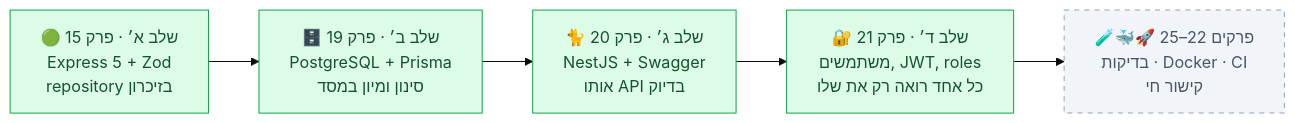
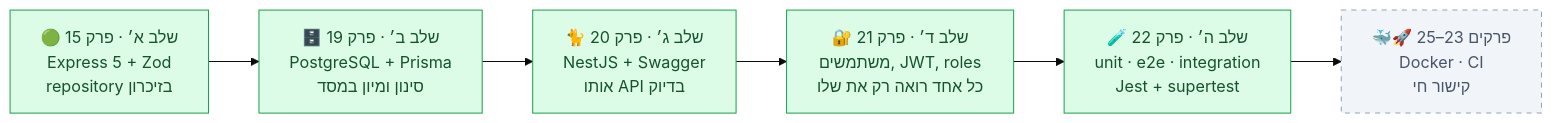
Before and after one commit to yeudaba/backend-course-he: the second of 4 diagrams in README.md, drawn with Mermaid (base theme). The commit also changed other lines of this file and 2 other files, not shown here.

First line of the commit message:
README ו־HANDOFF: פרק 22 הושלם, הצעד הבא — פרק 23 (Docker)

````diff
--- a/README.md
+++ b/README.md
@@ -222,9 +225,10 @@
 ```mermaid
 flowchart LR
   A["🟢 שלב א׳ · פרק 15<br/>Express 5 + Zod<br/>repository בזיכרון"]:::done --> B["🗄️ שלב ב׳ · פרק 19<br/>PostgreSQL + Prisma<br/>סינון ומיון במסד"]:::done
   B --> C["🐈 שלב ג׳ · פרק 20<br/>NestJS + Swagger<br/>אותו API בדיוק"]:::done
   C --> D["🔐 שלב ד׳ · פרק 21<br/>משתמשים, JWT, roles<br/>כל אחד רואה רק את שלו"]:::done
-  D --> E["🧪🐳🚀 פרקים 22–25<br/>בדיקות · Docker · CI<br/>קישור חי"]:::planned
+  D --> E["🧪 שלב ה׳ · פרק 22<br/>unit · e2e · integration<br/>Jest + supertest"]:::done
+  E --> F["🐳🚀 פרקים 23–25<br/>Docker · CI<br/>קישור חי"]:::planned
   classDef done fill:#dcfce7,stroke:#16a34a,color:#14532d
   classDef planned fill:#f1f5f9,stroke:#94a3b8,color:#475569,stroke-dasharray: 5 5
 ```
````
